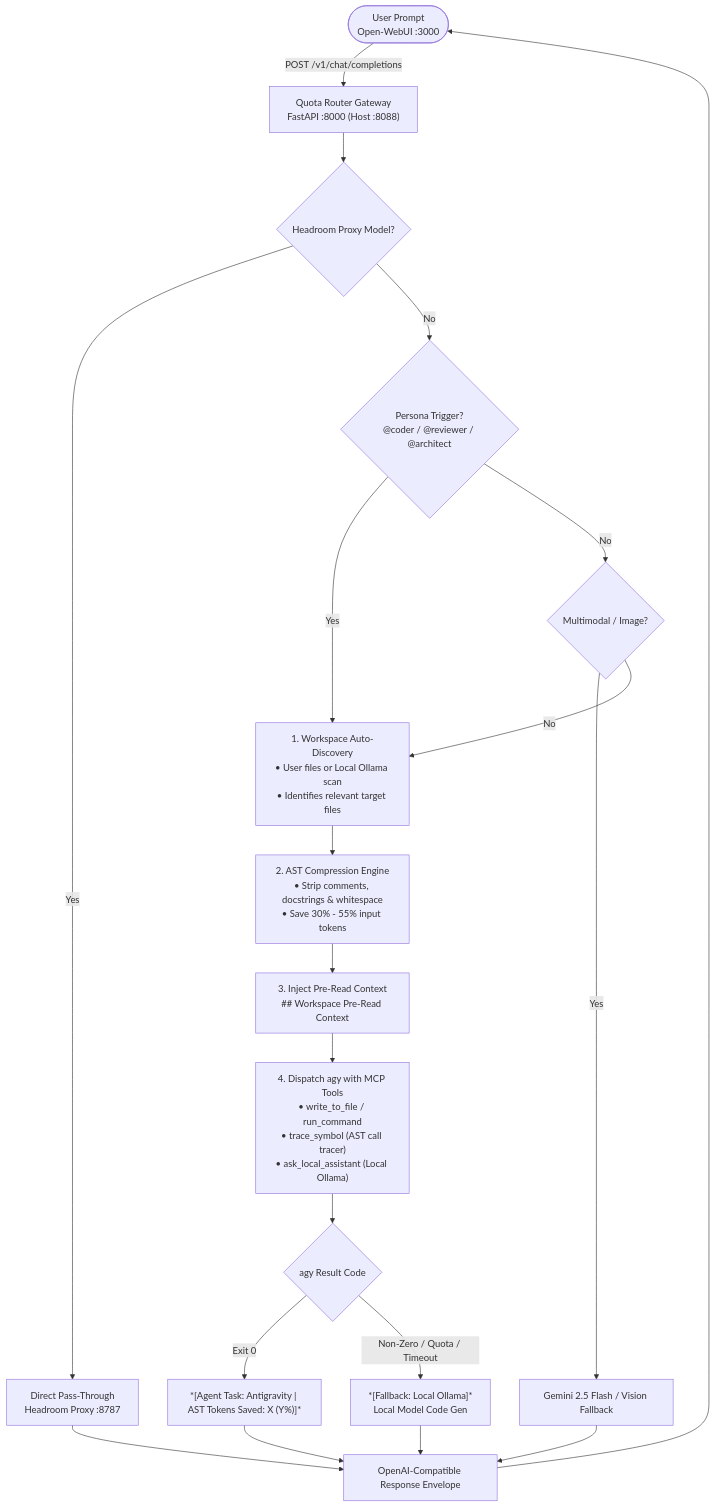
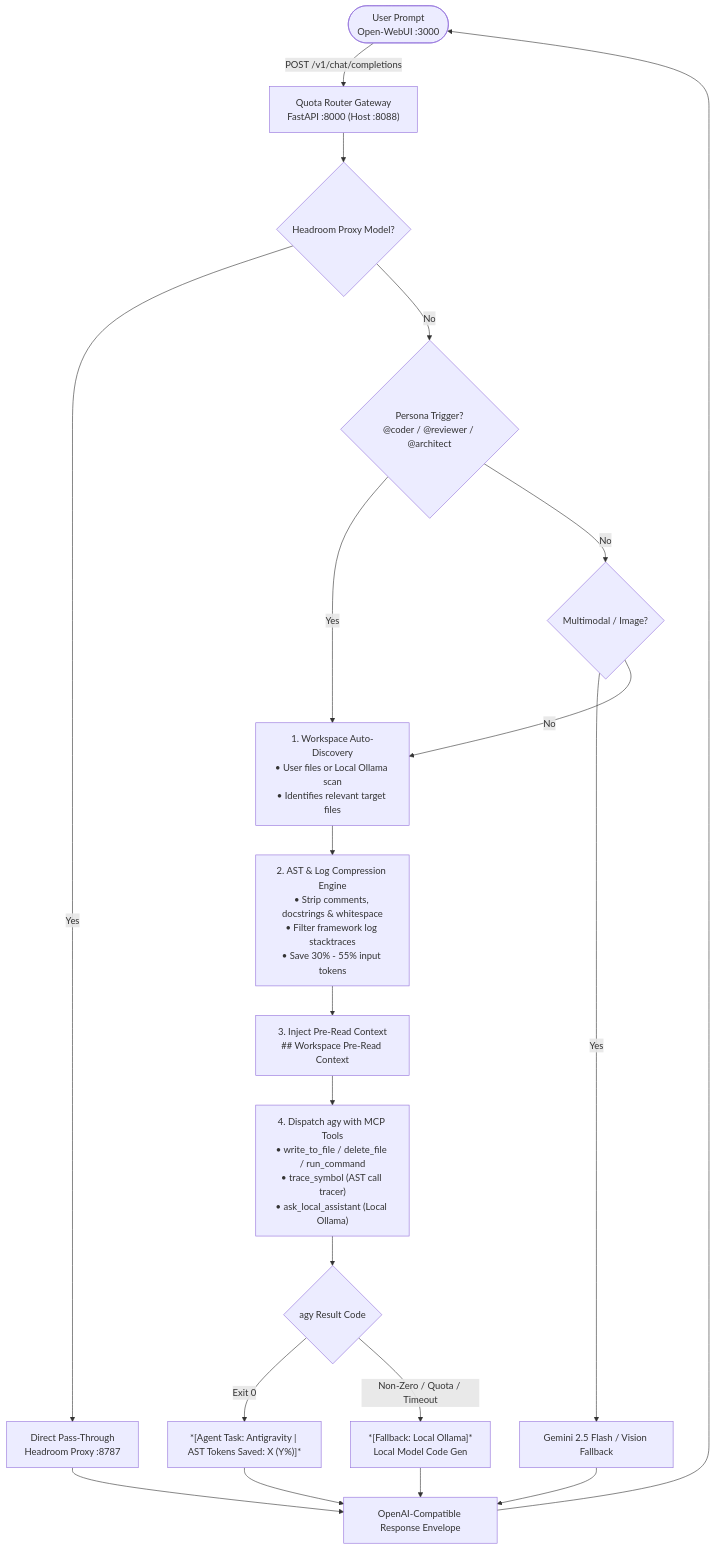
One commit to YHDF/ai-compression-stack changed the diagram in README.md. Above: the diagram before and after it, drawn with Mermaid. The commit also changed other lines of this file, not shown here.

Commit message:
docs: update README with src/ and tests/ layout, hardware model matrix, log compression, and unit test suite

````diff
--- a/README.md
+++ b/README.md
@@ -45,32 +46,32 @@
 ```mermaid
 flowchart TD
     Client(["User Prompt<br>Open-WebUI :3000"]) -->|POST /v1/chat/completions| Router["Quota Router Gateway<br>FastAPI :8000 (Host :8088)"]
 
     Router --> CheckHeadroom{"Headroom Proxy Model?"}
     CheckHeadroom -->|Yes| HeadroomDirect["Direct Pass-Through<br>Headroom Proxy :8787"]
 
     CheckHeadroom -->|No| CheckPersona{"Persona Trigger?<br>@coder / @reviewer / @architect"}
     
     CheckPersona -->|Yes| AutoDiscover["1. Workspace Auto-Discovery<br>• User files or Local Ollama scan<br>• Identifies relevant target files"]
     CheckPersona -->|No| CheckVision{"Multimodal / Image?"}
 
     CheckVision -->|Yes| GeminiVision["Gemini 2.5 Flash / Vision Fallback"]
     CheckVision -->|No| AutoDiscover
 
-    AutoDiscover --> ASTCompress["2. AST Compression Engine<br>• Strip comments, docstrings & whitespace<br>• Save 30% - 55% input tokens"]
+    AutoDiscover --> ASTCompress["2. AST & Log Compression Engine<br>• Strip comments, docstrings & whitespace<br>• Filter framework log stacktraces<br>• Save 30% - 55% input tokens"]
 
     ASTCompress --> PreRead["3. Inject Pre-Read Context<br>## Workspace Pre-Read Context"]
 
-    PreRead --> DispatchAgy["4. Dispatch agy with MCP Tools<br>• write_to_file / run_command<br>• trace_symbol (AST call tracer)<br>• ask_local_assistant (Local Ollama)"]
+    PreRead --> DispatchAgy["4. Dispatch agy with MCP Tools<br>• write_to_file / delete_file / run_command<br>• trace_symbol (AST call tracer)<br>• ask_local_assistant (Local Ollama)"]
 
     DispatchAgy --> CheckStatus{"agy Result Code"}
 
     CheckStatus -->|Exit 0| AgentSuccess["*[Agent Task: Antigravity | AST Tokens Saved: X (Y%)]*"]
     CheckStatus -->|Non-Zero / Quota / Timeout| FallbackOllama["*[Fallback: Local Ollama]*<br>Local Model Code Gen"]
 
     GeminiVision --> Envelope["OpenAI-Compatible Response Envelope"]
     HeadroomDirect --> Envelope
     AgentSuccess --> Envelope
     FallbackOllama --> Envelope
     Envelope --> Client
 ```
````
